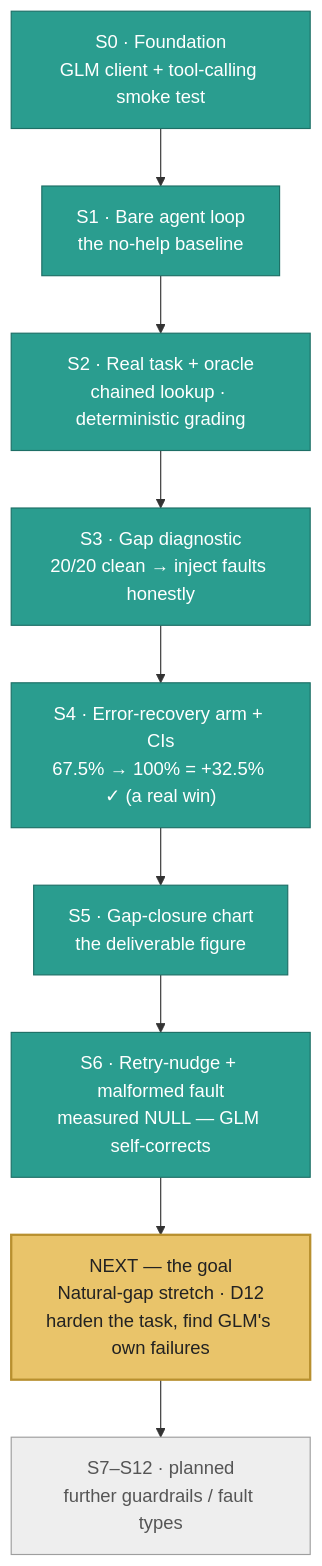
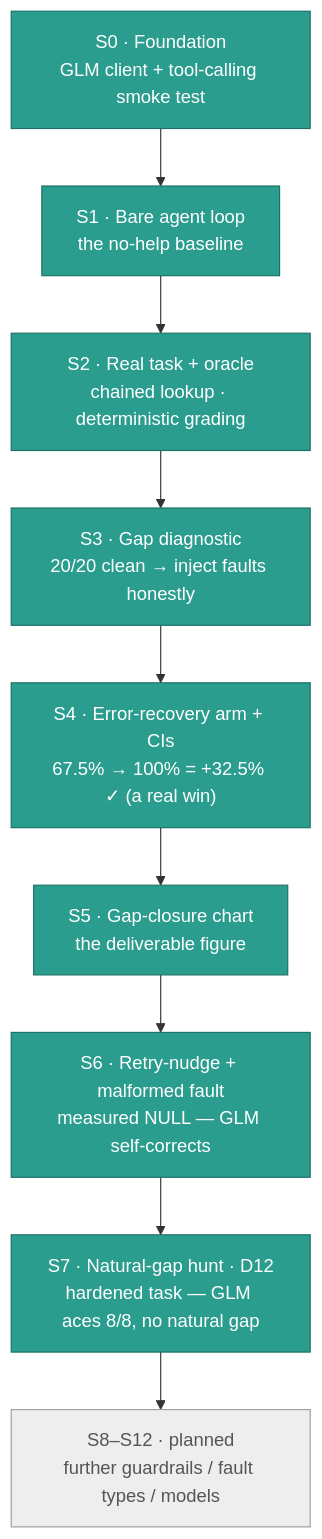
One commit to ksdisch/forge-gap changed the diagram in docs/ROADMAP.md. Above: the diagram before and after it, drawn with Mermaid. The commit also changed other lines of this file and 5 other files, not shown here.

````diff
--- a/docs/ROADMAP.md
+++ b/docs/ROADMAP.md
@@ -11,18 +11,18 @@
 ```mermaid
 flowchart TB
     S0["S0 · Foundation<br/>GLM client + tool-calling smoke test"]:::done
     S1["S1 · Bare agent loop<br/>the no-help baseline"]:::done
     S2["S2 · Real task + oracle<br/>chained lookup · deterministic grading"]:::done
     S3["S3 · Gap diagnostic<br/>20/20 clean → inject faults honestly"]:::done
     S4["S4 · Error-recovery arm + CIs<br/>67.5% → 100% = +32.5% ✓ (a real win)"]:::done
     S5["S5 · Gap-closure chart<br/>the deliverable figure"]:::done
     S6["S6 · Retry-nudge + malformed fault<br/>measured NULL — GLM self-corrects"]:::done
-    G["NEXT — the goal<br/>Natural-gap stretch · D12<br/>harden the task, find GLM's own failures"]:::goal
-    F["S7–S12 · planned<br/>further guardrails / fault types"]:::planned
+    S7["S7 · Natural-gap hunt · D12<br/>hardened task — GLM aces 8/8, no natural gap"]:::done
+    F["S8–S12 · planned<br/>further guardrails / fault types / models"]:::planned
 
-    S0 --> S1 --> S2 --> S3 --> S4 --> S5 --> S6 --> G --> F
+    S0 --> S1 --> S2 --> S3 --> S4 --> S5 --> S6 --> S7 --> F
 
     classDef done fill:#2a9d8f,stroke:#1d6f66,color:#ffffff;
     classDef goal fill:#e9c46a,stroke:#b8902f,color:#222222,stroke-width:2px;
     classDef planned fill:#eeeeee,stroke:#9e9e9e,color:#555555;
 ```
````
